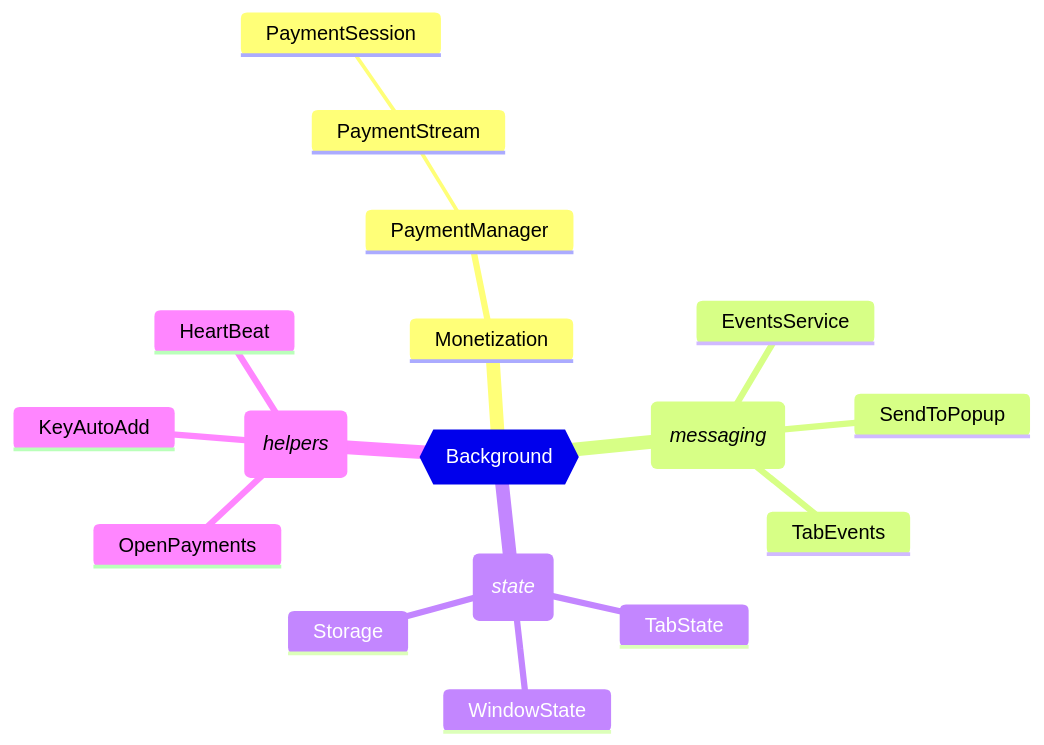
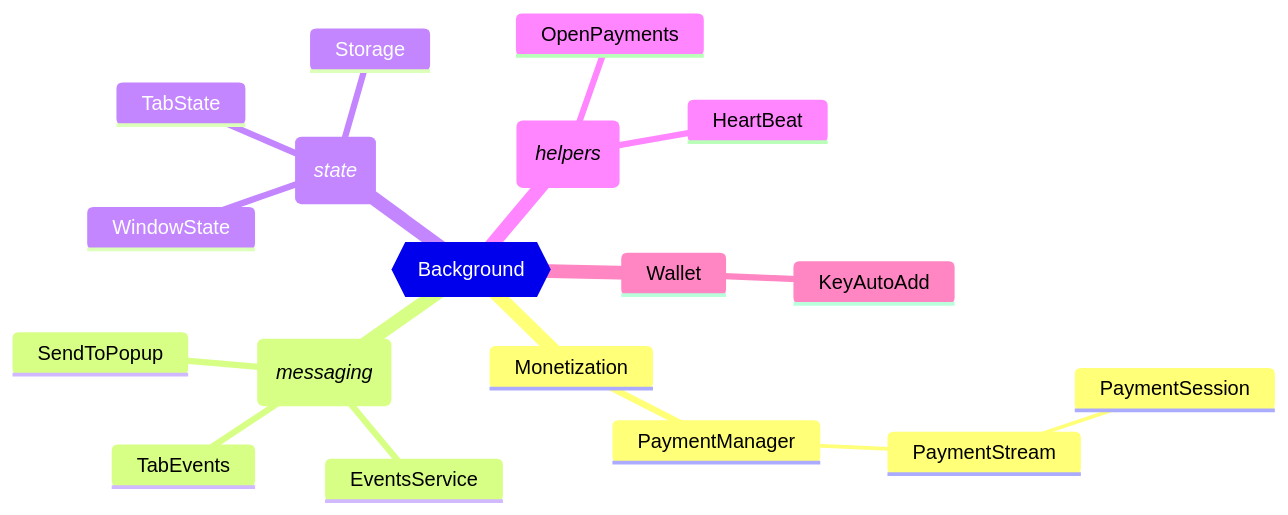
One commit to interledger/web-monetization-extension changed the diagram in docs/DEVELOP.md. Above: the diagram before and after it, drawn with Mermaid. The commit also changed other lines of this file, not shown here.

Commit message:
add missing wallet service as well

````diff
--- a/docs/DEVELOP.md
+++ b/docs/DEVELOP.md
@@ -130,20 +130,21 @@
 ```mermaid
 mindmap
   root{{Background}}
     Monetization
       PaymentManager
         PaymentStream
           PaymentSession
     (_messaging_)
         SendToPopup
         EventsService
         TabEvents
     (_state_)
         TabState
         WindowState
         Storage
     (_helpers_)
         OpenPayments
-        KeyAutoAdd
         HeartBeat
+    Wallet
+      KeyAutoAdd
 ```
````
